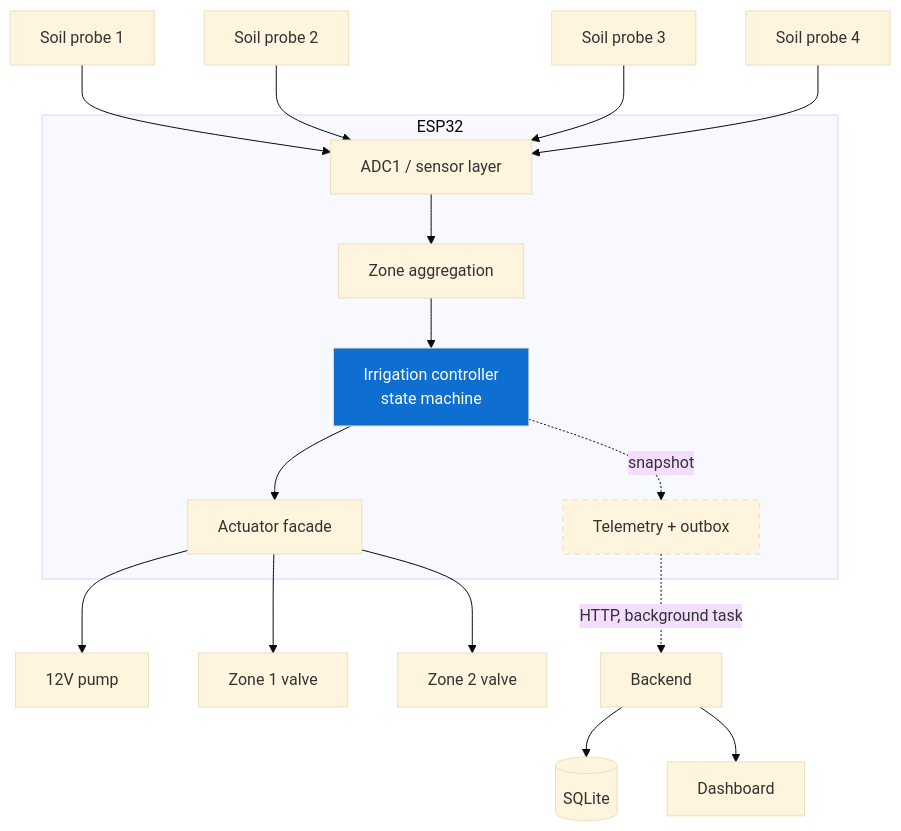
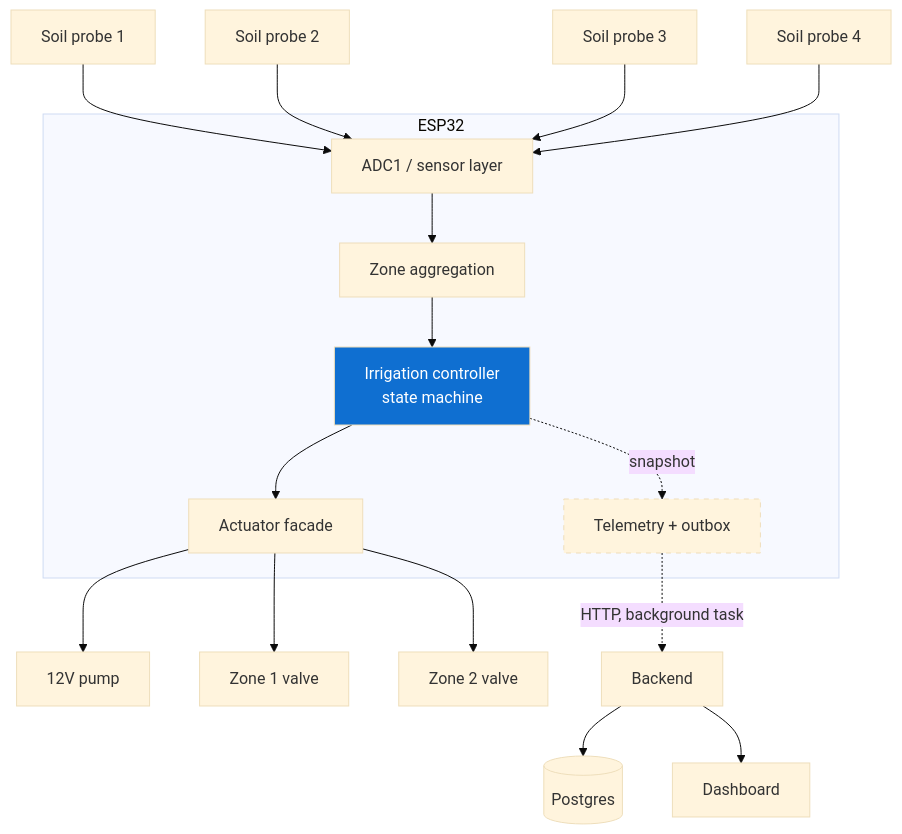
The first of 2 diagrams in docs/ARCHITECTURE.md (minashaker573-hub/HydraX), drawn with Mermaid (base theme) before and after one commit. The commit also changed 24 other files, not shown here.

First line of the commit message:
Backend: replace SQLite with Postgres (Supabase)

````diff
--- a/docs/ARCHITECTURE.md
+++ b/docs/ARCHITECTURE.md
@@ -16,25 +16,25 @@
 ```mermaid
 flowchart TD
     S1[Soil probe 1] --> ADC
     S2[Soil probe 2] --> ADC
     S3[Soil probe 3] --> ADC
     S4[Soil probe 4] --> ADC
 
     subgraph ESP32
         ADC[ADC1 / sensor layer] --> AGG[Zone aggregation]
         AGG --> CTRL[Irrigation controller<br/>state machine]
         CTRL --> HW[Actuator facade]
         CTRL -.snapshot.-> TEL[Telemetry + outbox]
     end
 
     HW --> PUMP[12V pump]
     HW --> V1[Zone 1 valve]
     HW --> V2[Zone 2 valve]
 
     TEL -.->|HTTP, background task| BE[Backend]
-    BE --> DB[(SQLite)]
+    BE --> DB[(Postgres)]
     BE --> DASH[Dashboard]
 
     style CTRL fill:#0f6fd1,color:#fff
     style TEL stroke-dasharray: 5 5
 ```
````
